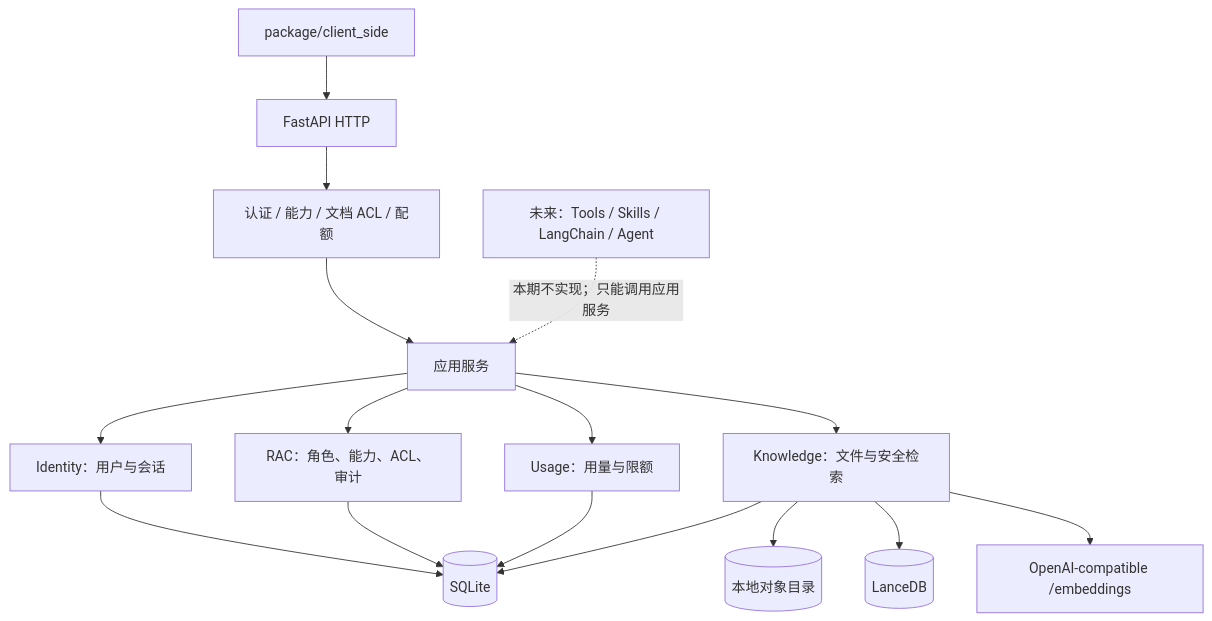
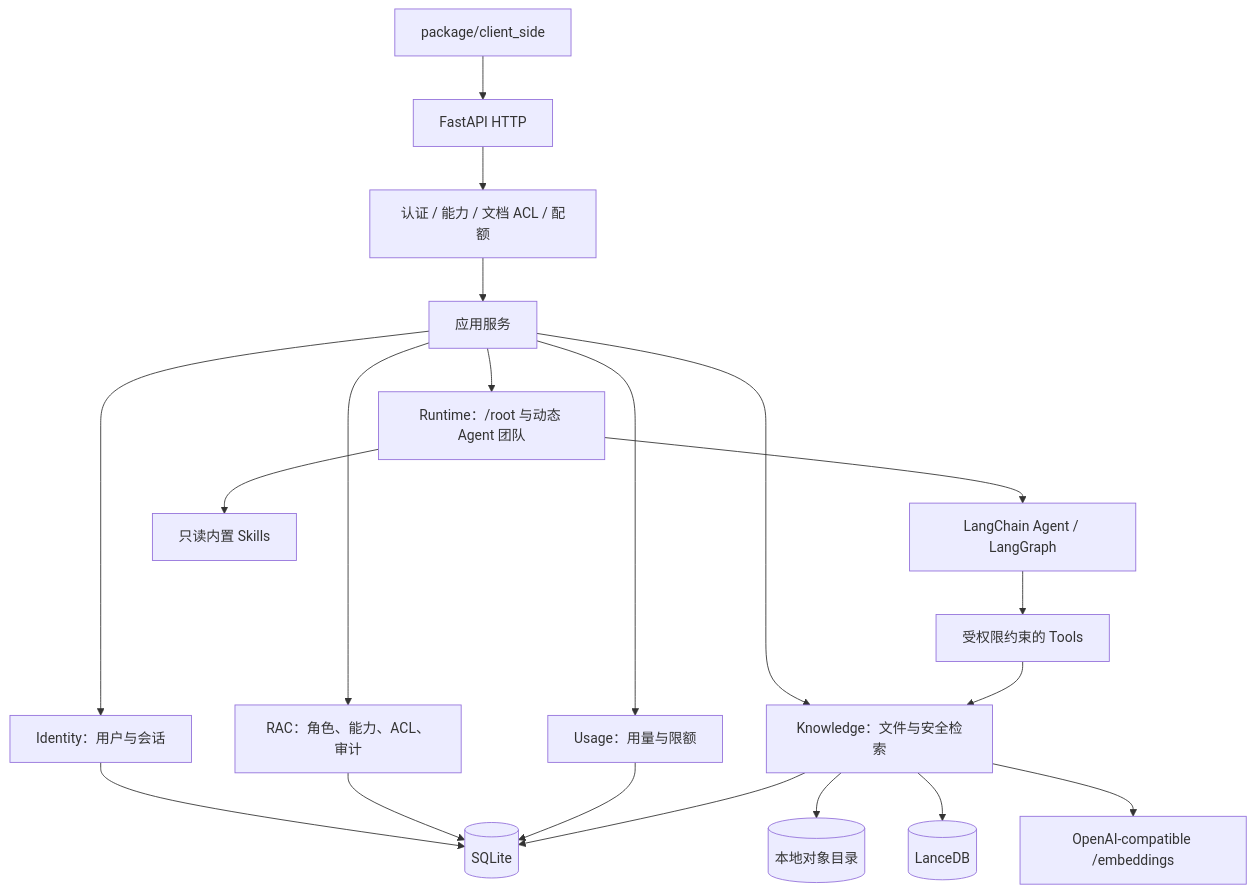
One commit to lizzary/RunFold changed the diagram in package/server_side/基础设施开发文档.md. Above: the diagram before and after it, drawn with Mermaid. The commit also changed other lines of this file and 36 other files, not shown here.

````diff
--- a/package/server_side/基础设施开发文档.md
+++ b/package/server_side/基础设施开发文档.md
@@ -113,21 +112,24 @@
 ```mermaid
 flowchart TB
     UI["package/client_side"] --> API["FastAPI HTTP"]
     API --> Gate["认证 / 能力 / 文档 ACL / 配额"]
     Gate --> App["应用服务"]
 
     App --> Identity["Identity：用户与会话"]
     App --> RAC["RAC：角色、能力、ACL、审计"]
     App --> Knowledge["Knowledge：文件与安全检索"]
+    App --> Runtime["Runtime：/root 与动态 Agent 团队"]
     App --> Usage["Usage：用量与限额"]
 
     Identity --> SQLite[(SQLite)]
     RAC --> SQLite
     Usage --> SQLite
     Knowledge --> SQLite
     Knowledge --> Objects[(本地对象目录)]
     Knowledge --> Lance[(LanceDB)]
     Knowledge --> Embedding["OpenAI-compatible /embeddings"]
-
-    Future["未来：Tools / Skills / LangChain / Agent"] -. "本期不实现；只能调用应用服务" .-> App
+    Runtime --> LangGraph["LangChain Agent / LangGraph"]
+    LangGraph --> Tools["受权限约束的 Tools"]
+    Tools --> Knowledge
+    Runtime --> Skills["只读内置 Skills"]
 ```
````
